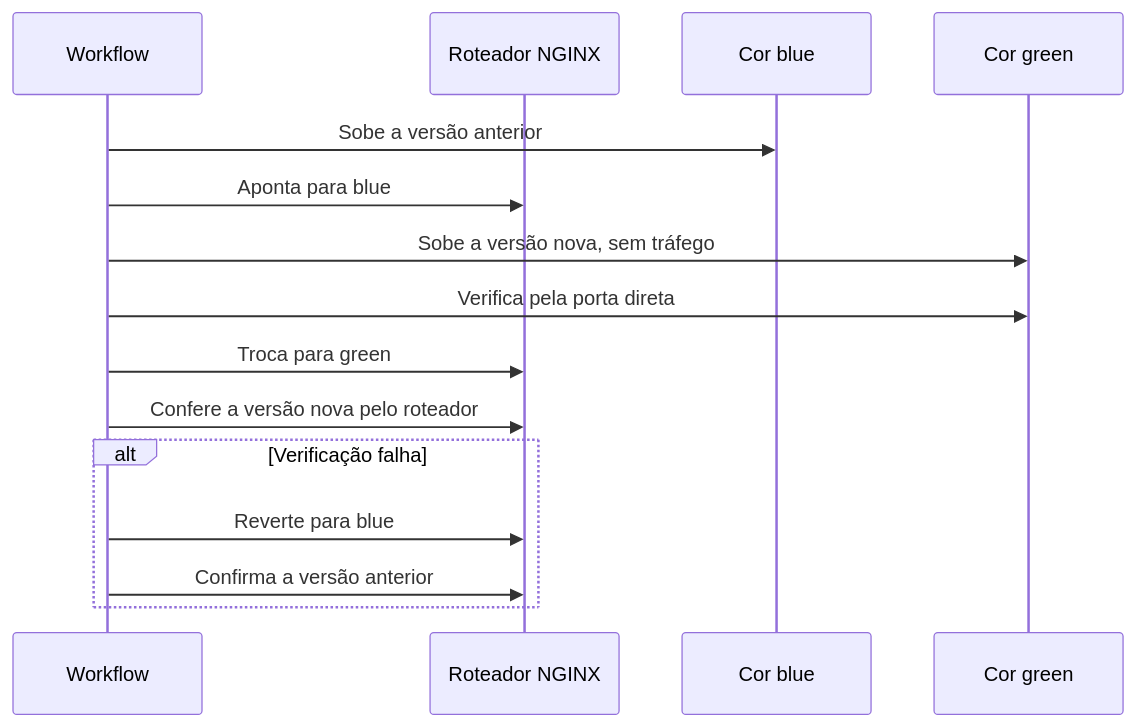
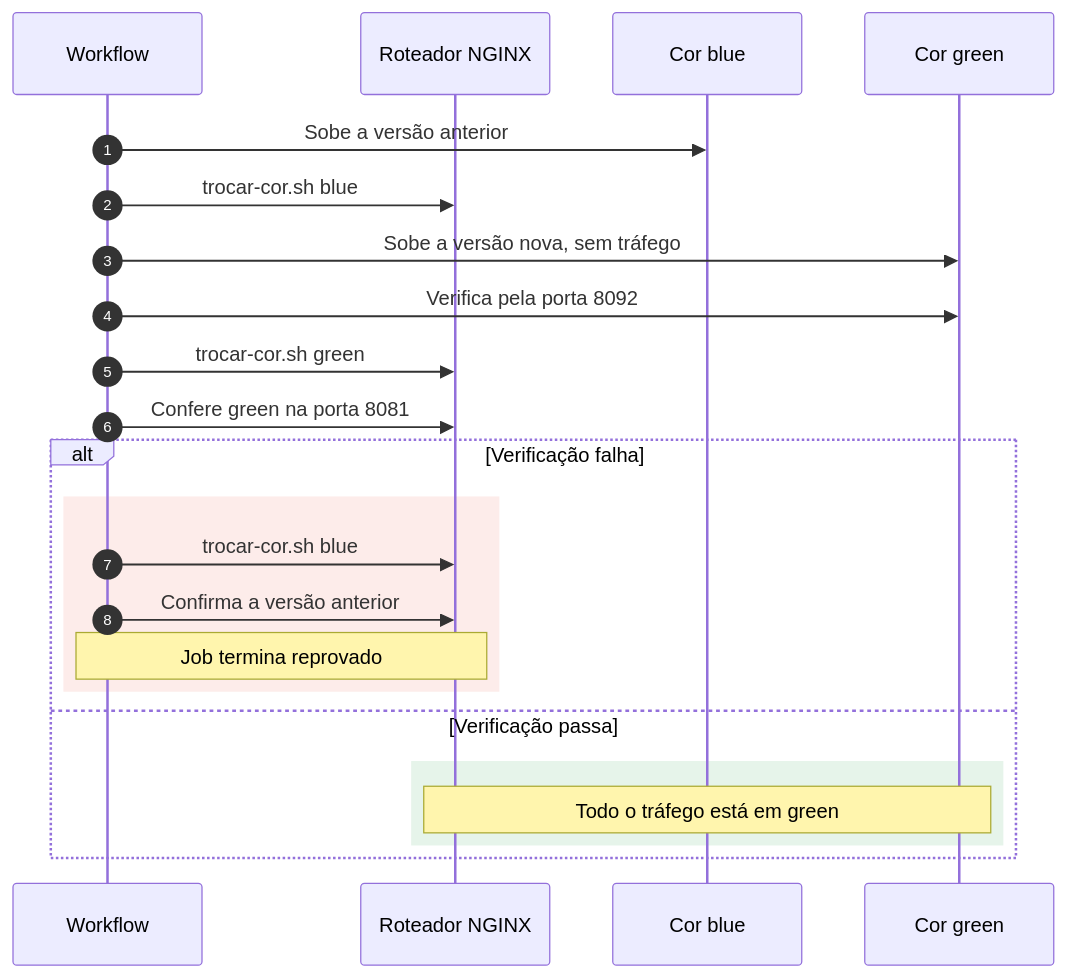
Before and after one commit to arkhibr/devops-fluxos-c3dm: the second of 2 diagrams in cenarios/10-blue-green/README.md, drawn with Mermaid. The commit also changed other lines of this file and 7 other files, not shown here.

First line of the commit message:
docs(cenarios): trechos de workflow, links e diagramas dos cenários 08 a 14 (#26)

````diff
--- a/cenarios/10-blue-green/README.md
+++ b/cenarios/10-blue-green/README.md
@@ -29,17 +45,25 @@
 ```mermaid
 sequenceDiagram
+    autonumber
     participant W as Workflow
     participant R as Roteador NGINX
     participant B as Cor blue
     participant G as Cor green
     W->>B: Sobe a versão anterior
-    W->>R: Aponta para blue
+    W->>R: trocar-cor.sh blue
     W->>G: Sobe a versão nova, sem tráfego
-    W->>G: Verifica pela porta direta
-    W->>R: Troca para green
-    W->>R: Confere a versão nova pelo roteador
+    W->>G: Verifica pela porta 8092
+    W->>R: trocar-cor.sh green
+    W->>R: Confere green na porta 8081
     alt Verificação falha
-        W->>R: Reverte para blue
-        W->>R: Confirma a versão anterior
+        rect rgb(253, 236, 234)
+            W->>R: trocar-cor.sh blue
+            W->>R: Confirma a versão anterior
+            Note over W,R: Job termina reprovado
+        end
+    else Verificação passa
+        rect rgb(230, 244, 234)
+            Note over R,G: Todo o tráfego está em green
+        end
     end
 ```
````
